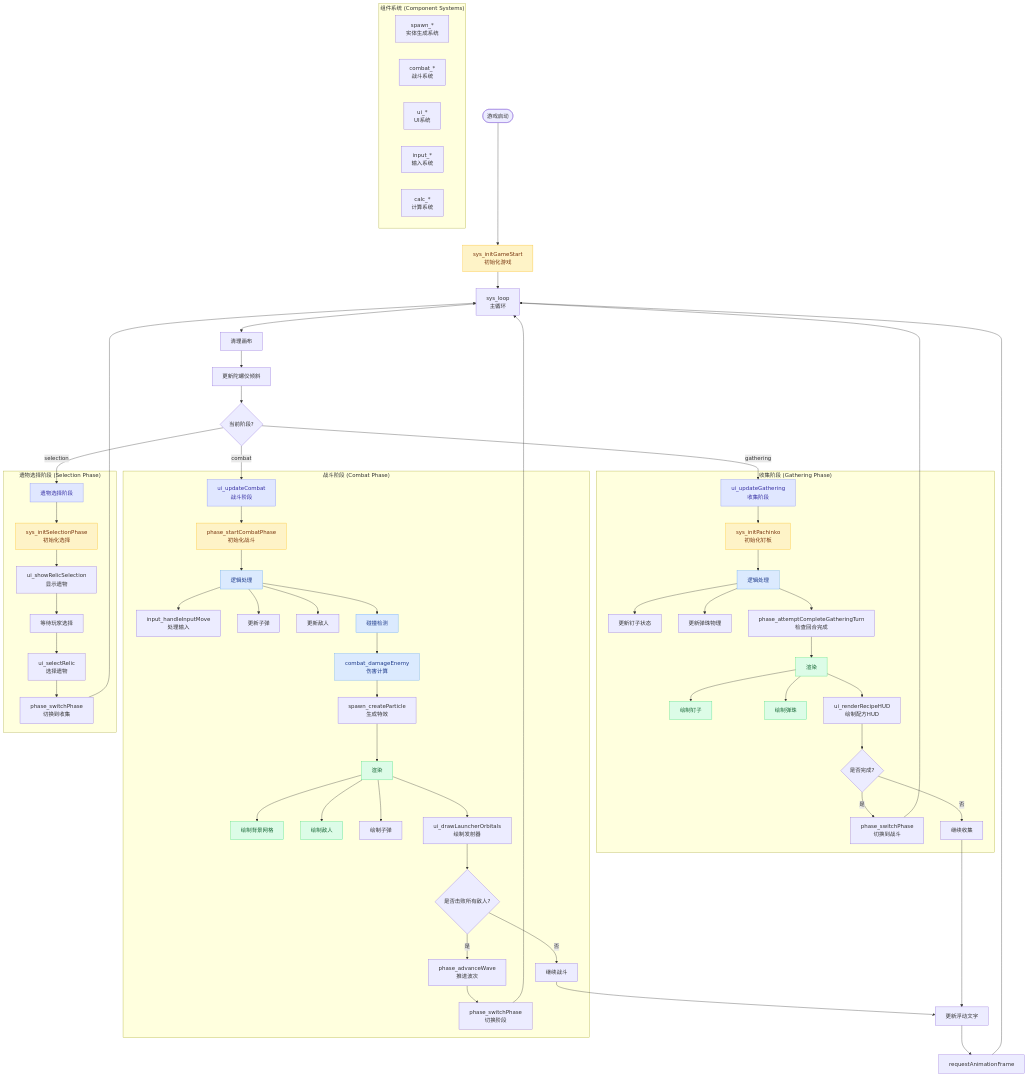
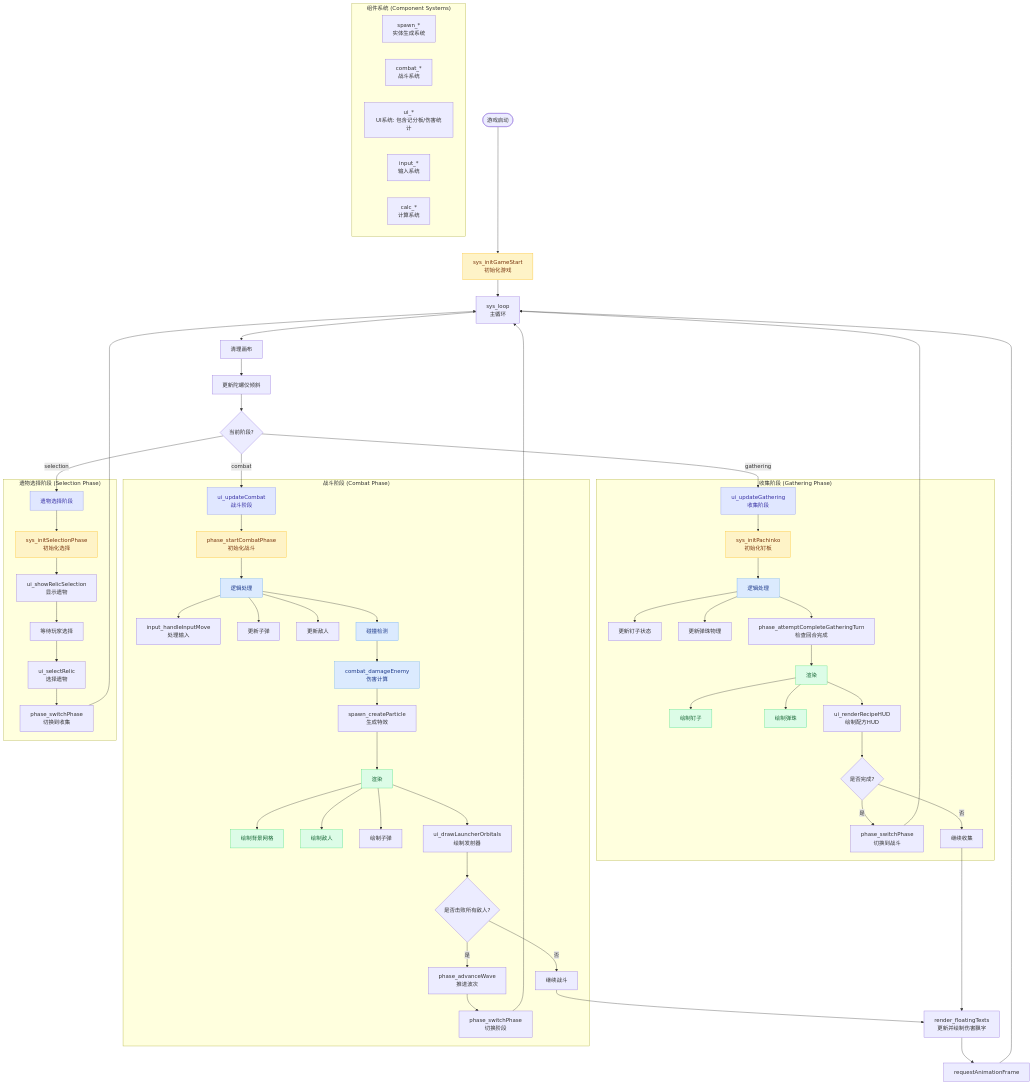
One commit to gdszyy/echo-alchemist-v2-1766564886 changed the diagram in docs_game_loop_architecture.mmd. Above: the diagram before and after it, drawn with Mermaid. The commit also changed 2 other files, not shown here.

Commit message:
docs: update README and architecture diagram with scoreboard and floating text

```diff
--- a/docs_game_loop_architecture.mmd
+++ b/docs_game_loop_architecture.mmd
@@ -1,82 +1,82 @@
 graph TD
     Start([游戏启动]) --> Init[sys_initGameStart<br/>初始化游戏]
     Init --> Loop[sys_loop<br/>主循环]
     
     Loop --> Clear[清理画布]
     Clear --> UpdateTilt[更新陀螺仪倾斜]
     UpdateTilt --> PhaseCheck{当前阶段?}
     
     PhaseCheck -->|gathering| GatheringPhase[ui_updateGathering<br/>收集阶段]
     PhaseCheck -->|combat| CombatPhase[ui_updateCombat<br/>战斗阶段]
     PhaseCheck -->|selection| SelectionPhase[遗物选择阶段]
     
     subgraph "收集阶段 (Gathering Phase)"
         GatheringPhase --> G_Init[sys_initPachinko<br/>初始化钉板]
         G_Init --> G_Logic[逻辑处理]
         G_Logic --> G_Pegs[更新钉子状态]
         G_Logic --> G_Marbles[更新弹珠物理]
         G_Logic --> G_Check[phase_attemptCompleteGatheringTurn<br/>检查回合完成]
         G_Check --> G_Render[渲染]
         G_Render --> G_DrawPegs[绘制钉子]
         G_Render --> G_DrawMarbles[绘制弹珠]
         G_Render --> G_DrawHUD[ui_renderRecipeHUD<br/>绘制配方HUD]
         G_DrawHUD --> G_End{是否完成?}
         G_End -->|是| G_Switch[phase_switchPhase<br/>切换到战斗]
         G_End -->|否| G_Continue[继续收集]
     end
     
     subgraph "战斗阶段 (Combat Phase)"
         CombatPhase --> C_Init[phase_startCombatPhase<br/>初始化战斗]
         C_Init --> C_Logic[逻辑处理]
         C_Logic --> C_Input[input_handleInputMove<br/>处理输入]
         C_Logic --> C_Projectiles[更新子弹]
         C_Logic --> C_Enemies[更新敌人]
         C_Logic --> C_Collision[碰撞检测]
         C_Collision --> C_Damage[combat_damageEnemy<br/>伤害计算]
         C_Damage --> C_Effects[spawn_createParticle<br/>生成特效]
         C_Effects --> C_Render[渲染]
         C_Render --> C_DrawBG[绘制背景网格]
         C_Render --> C_DrawEnemies[绘制敌人]
         C_Render --> C_DrawProjectiles[绘制子弹]
         C_Render --> C_DrawUI[ui_drawLauncherOrbitals<br/>绘制发射器]
         C_DrawUI --> C_Check{是否击败所有敌人?}
         C_Check -->|是| C_Advance[phase_advanceWave<br/>推进波次]
         C_Advance --> C_Switch[phase_switchPhase<br/>切换阶段]
         C_Check -->|否| C_Continue[继续战斗]
     end
     
     subgraph "遗物选择阶段 (Selection Phase)"
         SelectionPhase --> S_Init[sys_initSelectionPhase<br/>初始化选择]
         S_Init --> S_Show[ui_showRelicSelection<br/>显示遗物]
         S_Show --> S_Wait[等待玩家选择]
         S_Wait --> S_Select[ui_selectRelic<br/>选择遗物]
         S_Select --> S_Switch[phase_switchPhase<br/>切换到收集]
     end
     
     G_Switch --> Loop
     C_Switch --> Loop
     S_Switch --> Loop
     G_Continue --> FloatingText
     C_Continue --> FloatingText
     
-    FloatingText[更新浮动文字] --> NextFrame[requestAnimationFrame]
+    FloatingText[render_floatingTexts<br/>更新并绘制伤害飘字] --> NextFrame[requestAnimationFrame]
     NextFrame --> Loop
     
     subgraph "组件系统 (Component Systems)"
         direction LR
         Spawn[spawn_*<br/>实体生成系统]
         Combat[combat_*<br/>战斗系统]
-        UI[ui_*<br/>UI系统]
+        UI[ui_*<br/>UI系统: 包含记分板/伤害统计]
         Input[input_*<br/>输入系统]
         Calc[calc_*<br/>计算系统]
     end
     
     classDef phaseStyle fill:#e0e7ff,stroke:#818cf8,color:#3730a3
     classDef systemStyle fill:#fef3c7,stroke:#fbbf24,color:#78350f
     classDef renderStyle fill:#dcfce7,stroke:#4ade80,color:#166534
     classDef logicStyle fill:#dbeafe,stroke:#60a5fa,color:#1e3a8a
     
     class GatheringPhase,CombatPhase,SelectionPhase phaseStyle
     class Init,G_Init,C_Init,S_Init systemStyle
     class G_Render,C_Render,G_DrawPegs,G_DrawMarbles,C_DrawBG,C_DrawEnemies renderStyle
     class G_Logic,C_Logic,C_Collision,C_Damage logicStyle
```
